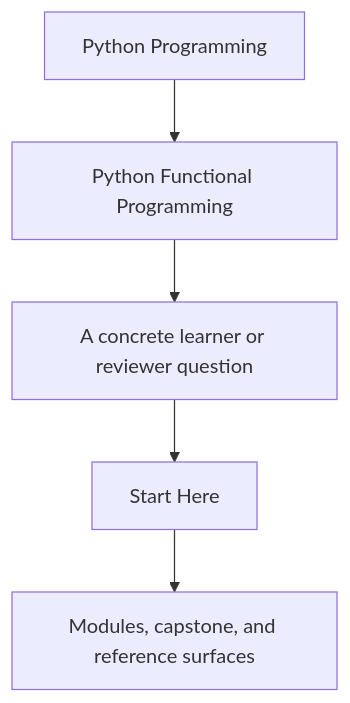
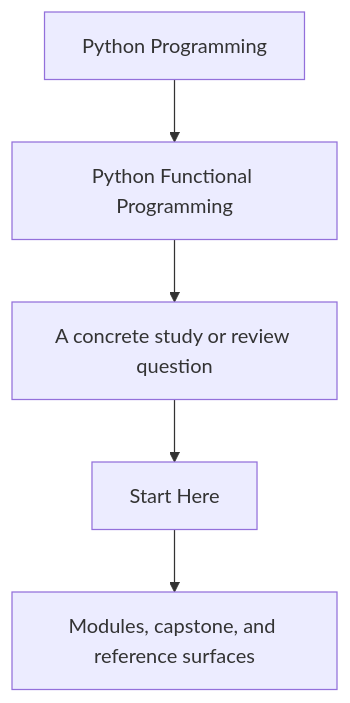
The first of 2 diagrams in programs/python-programming/python-functional-programming/course-book/guides/start-here.md (bijux/bijux-masterclass), drawn with Mermaid before and after one commit. The commit also changed 12 other files, not shown here.

````diff
--- a/programs/python-programming/python-functional-programming/course-book/guides/start-here.md
+++ b/programs/python-programming/python-functional-programming/course-book/guides/start-here.md
@@ -7,7 +7,7 @@
 ```mermaid
 flowchart TD
   family["Python Programming"] --> program["Python Functional Programming"]
-  program --> pressure["A concrete learner or reviewer question"]
+  program --> pressure["A concrete study or review question"]
   pressure --> guide["Start Here"]
   guide --> next["Modules, capstone, and reference surfaces"]
 ```
````
